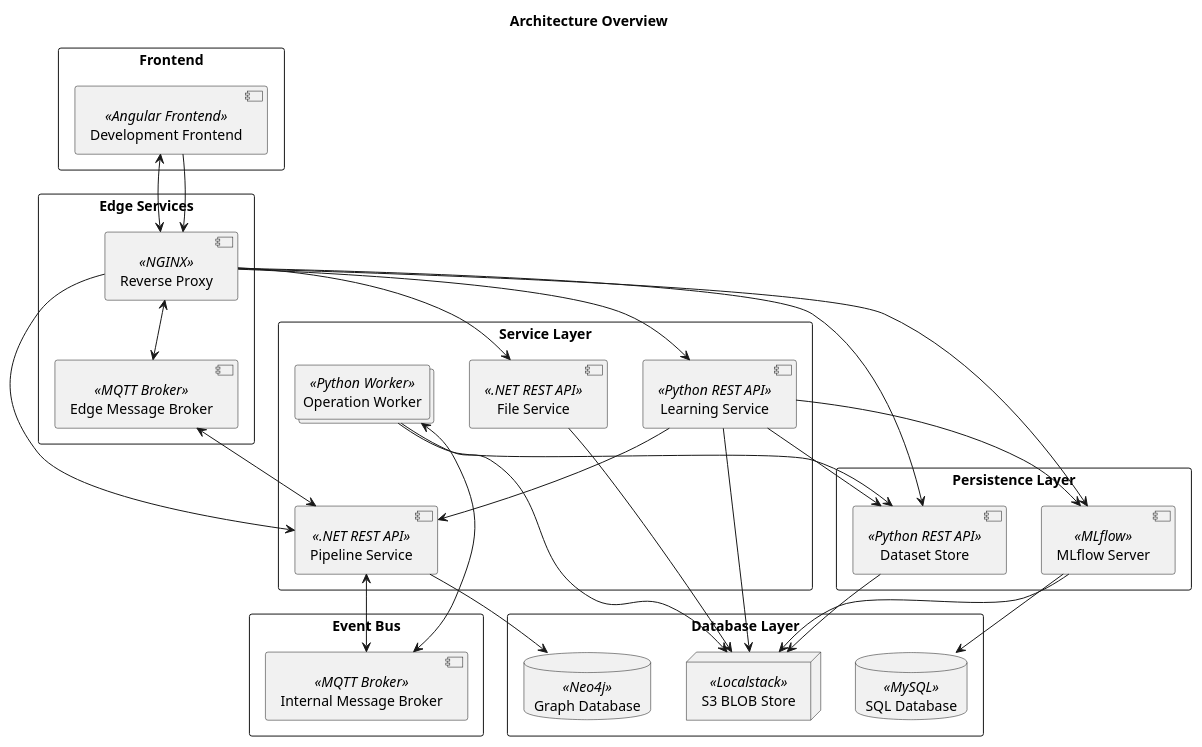
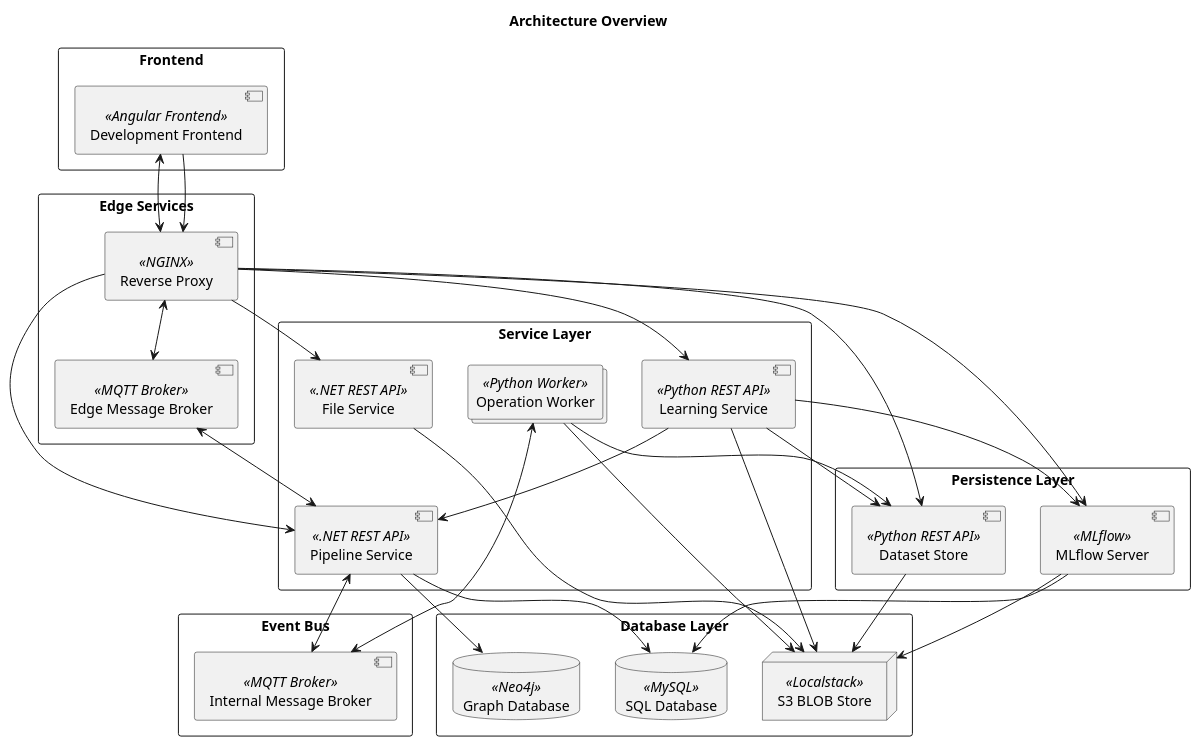
The diagram in docs/architecture/overview.puml (project-hanse/prototype-a), drawn with PlantUML before and after one commit. The commit also changed 12 other files, not shown here.

First line of the commit message:
chore(pipeline-service): connect to database

```diff
--- a/docs/architecture/overview.puml
+++ b/docs/architecture/overview.puml
@@ -1,75 +1,76 @@
 @startuml
 'https://plantuml.com/deployment-diagram
 
 title "Architecture Overview"
 
 'Definitions'
 
 rectangle "Frontend" {
     component "Development Frontend" << Angular Frontend >> as development_frontend
 }
 
 rectangle "Edge Services" {
     component "Reverse Proxy" << NGINX >> as reverse_proxy
     component "Edge Message Broker" << MQTT Broker >> as message_broker_edge
 }
 
 rectangle "Event Bus" {
     component "Internal Message Broker" << MQTT Broker >> as message_broker_internal
 }
 
 rectangle "Service Layer" {
     component "Pipeline Service" << .NET REST API >> as pipeline_service
     collections  "Operation Worker" <<Python Worker>> as worker
     component "Learning Service" << Python REST API >> as learning_service
     component "File Service" << .NET REST API >> as file_service
 }
 
 rectangle "Persistence Layer" {
     component "Dataset Store" << Python REST API >> as dataset_store
     component "MLflow Server" << MLflow >> as mlflow_server
 }
 
 rectangle "Database Layer" {
     database "Graph Database" << Neo4j >> as graph_db
     node "S3 BLOB Store" << Localstack >> as blob_store
     'database #line.dashed "Dataset Database" << MongoDB >> as dataset_db
     database "SQL Database" << MySQL >> as mysql_db
 }
 
 'Interaction'
 
 development_frontend <--> reverse_proxy
 development_frontend --> reverse_proxy
 
 reverse_proxy --> pipeline_service
 reverse_proxy --> learning_service
 reverse_proxy --> file_service
 reverse_proxy <--> message_broker_edge
 'TODO: This connection should no longer exist'
 reverse_proxy --> dataset_store
 reverse_proxy --> mlflow_server
 
 learning_service --> mlflow_server
 learning_service --> dataset_store
 learning_service --> pipeline_service
 learning_service --> blob_store
 
 pipeline_service --> graph_db
 pipeline_service <--> message_broker_internal
 pipeline_service <--> message_broker_edge
+pipeline_service --> mysql_db
 
 'dataset_store --> dataset_db
 'TODO: Default files should be seeded from file service PH-213'
 dataset_store --> blob_store
 
 file_service --> blob_store
 
 mlflow_server --> mysql_db
 mlflow_server --> blob_store
 
 worker --> dataset_store
 worker --> blob_store
 worker <--> message_broker_internal
 
 @enduml
```
